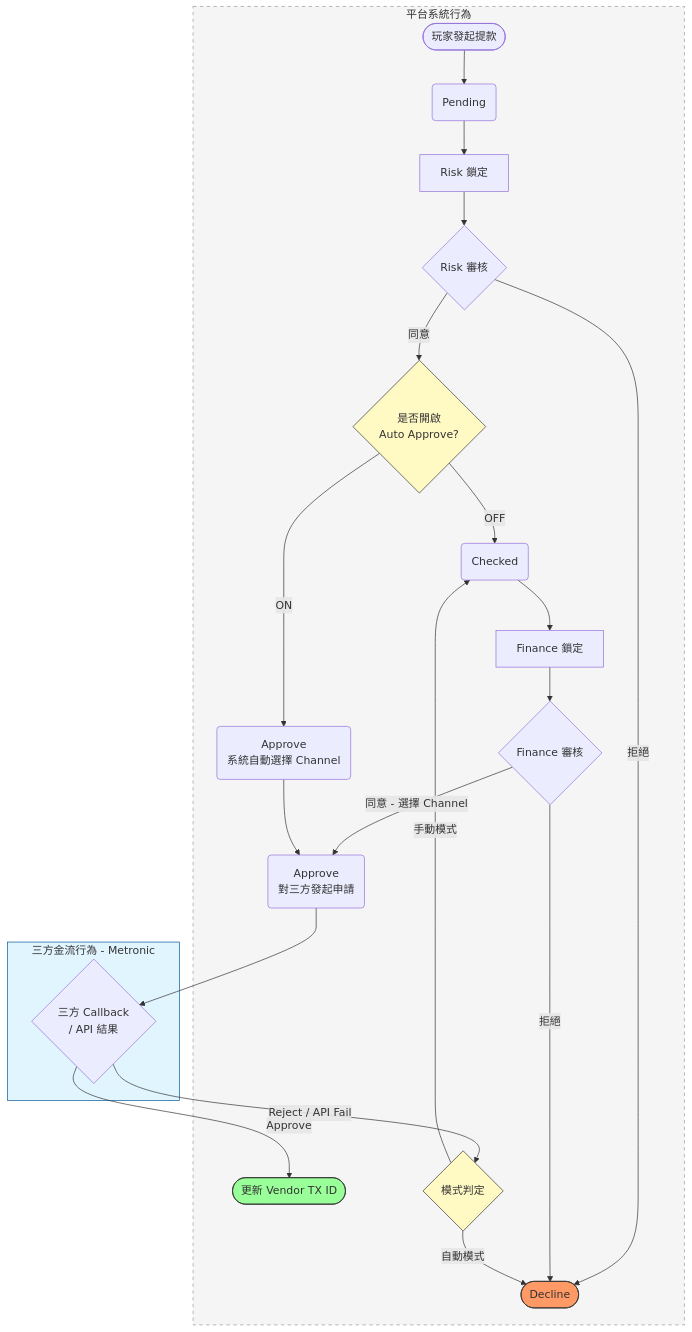
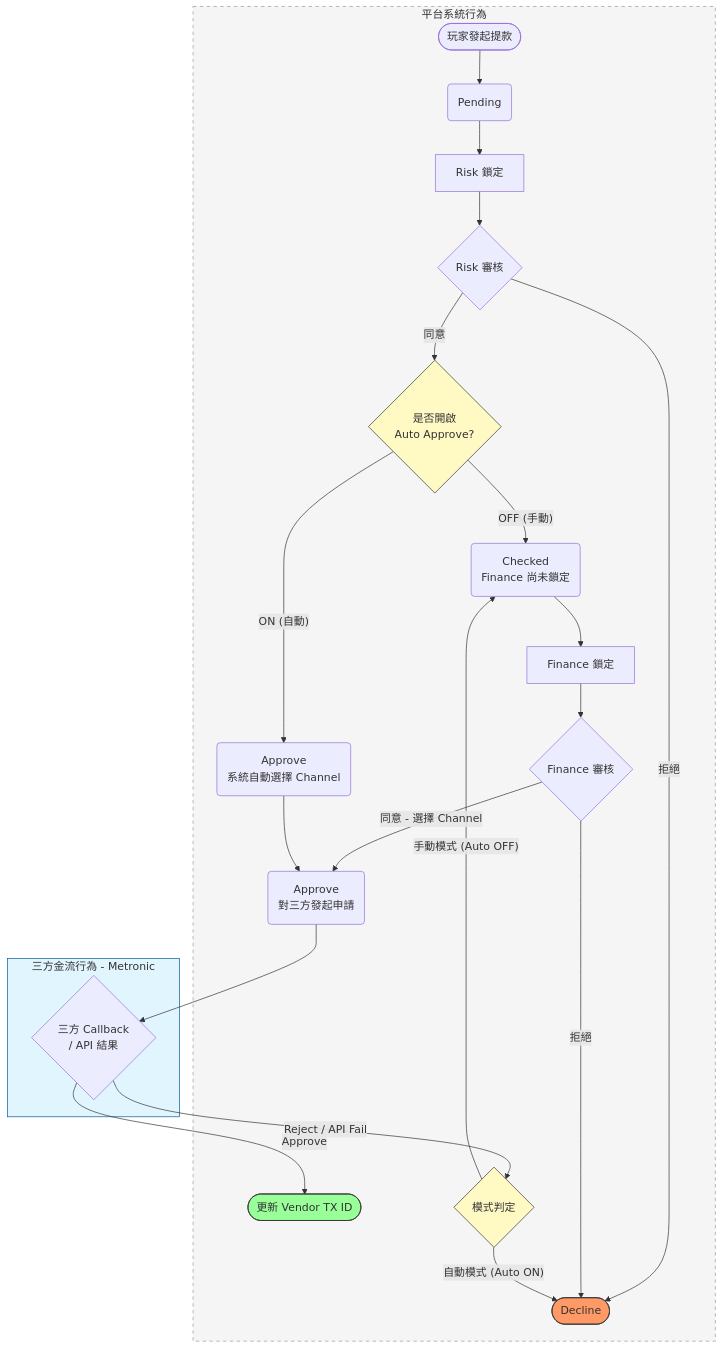
One commit to almightyken0425/SuSuGiGiSpec changed the diagram in no99_archive/sitflowchart.md. Above: the diagram before and after it, drawn with Mermaid.

````diff
--- a/no99_archive/sitflowchart.md
+++ b/no99_archive/sitflowchart.md
@@ -26,59 +26,59 @@
 ```mermaid
 graph TD
     subgraph Platform_System [平台系統行為]
         %% 初始步驟
         Start([玩家發起提款]) --> Pending(Pending)
         Pending --> Risk_Lock[Risk 鎖定]
         Risk_Action{Risk 審核}
         Risk_Lock --> Risk_Action
         
         %% Risk 同意後檢查
         Check_Auto{是否開啟<br/>Auto Approve?}
         Risk_Action -- 同意 --> Check_Auto
         
-        %% 分支 1: 手動財務審核
-        Checked(Checked)
-        Check_Auto -- OFF --> Checked
+        %% 分支 1: 手動財務審核 (Auto OFF)
+        Checked(Checked <br/>Finance 尚未鎖定)
+        Check_Auto -- "OFF (手動)" --> Checked
         Finance_Lock[Finance 鎖定]
         Checked --> Finance_Lock
         Finance_Action{Finance 審核}
         Finance_Lock --> Finance_Action
         
-        %% 分支 2: 自動財務審核
+        %% 分支 2: 自動財務審核 (Auto ON)
         Approve_Auto_Flow(Approve <br/>系統自動選擇 Channel)
-        Check_Auto -- ON --> Approve_Auto_Flow
+        Check_Auto -- "ON (自動)" --> Approve_Auto_Flow
         
         %% 共同發送 API 點
         Approve_Request(Approve <br/>對三方發起申請)
         Finance_Action -- 同意 - 選擇 Channel --> Approve_Request
         Approve_Auto_Flow --> Approve_Request
 
         %% 拒絕與成功最終站
         Decline_Final([Decline])
         Risk_Action -- 拒絕 --> Decline_Final
         Finance_Action -- 拒絕 --> Decline_Final
         
         Success([更新 Vendor TX ID])
 
-        %% 異常處理分支
+        %% 異常處理分支 (模式判定)
         Fail_Branch{模式判定}
-        Fail_Branch -- 手動模式 --> Checked
-        Fail_Branch -- 自動模式 --> Decline_Final
+        Fail_Branch -- "手動模式 (Auto OFF)" --> Checked
+        Fail_Branch -- "自動模式 (Auto ON)" --> Decline_Final
     end
 
     subgraph Third_Party [三方金流行為 - Metronic]
         Approve_Request --> Callback{三方 Callback <br/>/ API 結果}
     end
 
     %% 回傳平台處理
     Callback -- Approve --> Success
     Callback -- Reject / API Fail --> Fail_Branch
 
     %% 樣式美化
     style Decline_Final fill:#f96,stroke:#333
     style Success fill:#9f9,stroke:#333
     style Check_Auto fill:#fff9c4,stroke:#333
     style Fail_Branch fill:#fff9c4,stroke:#333
     style Platform_System fill:#f5f5f5,stroke:#999,stroke-dasharray: 5 5
     style Third_Party fill:#e1f5fe,stroke:#01579b
 ```
````
